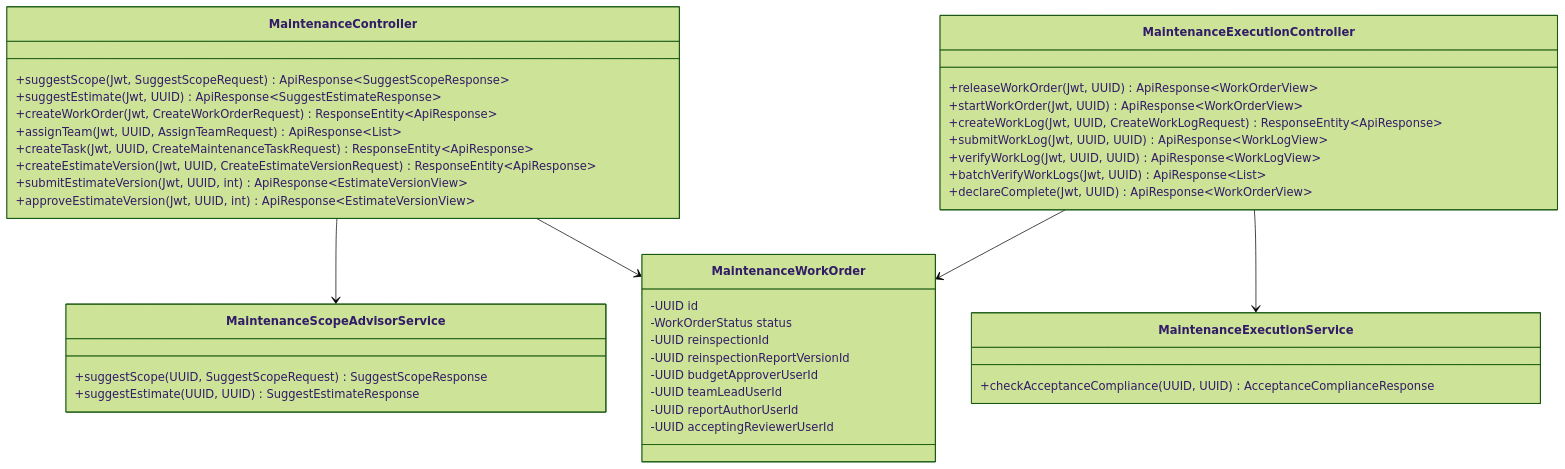
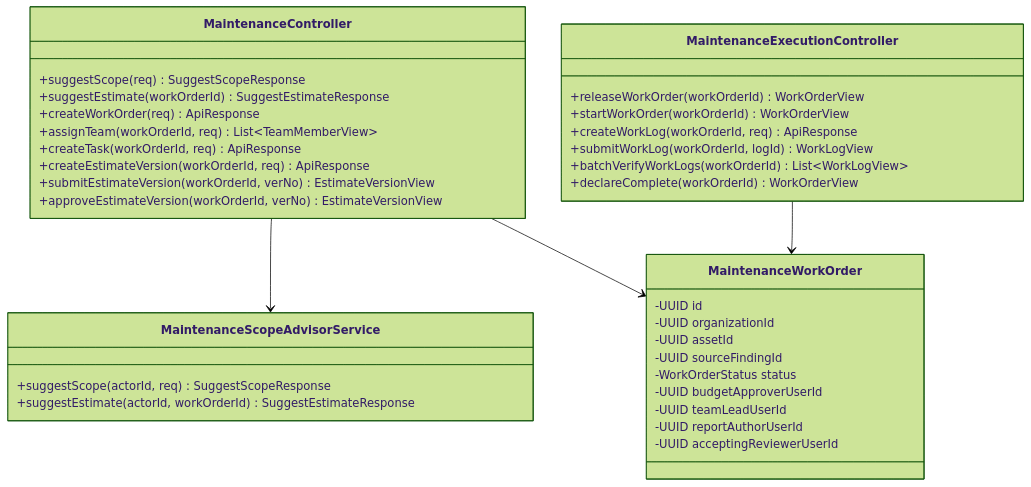
Diagram 19 of 23 in reports/report-4-software-design-document/03-detailed-design.md (tungbach12/SmartDroneInspection-Docs), drawn with Mermaid (forest theme) before and after one commit. The commit also changed other lines of this file and 206 other files, not shown here.

First line of the commit message:
docs(reports): synchronize Report 1-5 changes, update diagrams, and clean exports

````diff
--- a/reports/report-4-software-design-document/03-detailed-design.md
+++ b/reports/report-4-software-design-document/03-detailed-design.md
@@ -878,44 +801,40 @@
 ```mermaid
-%% title: Maintenance Work Order, RAG Advisor and Cost Control Class Diagram
+%% title: FE-07 Maintenance Work Order, RAG Planning and Repair Execution Class Diagram
 classDiagram
   class MaintenanceController {
-    +suggestScope(Jwt, SuggestScopeRequest) ApiResponse~SuggestScopeResponse~
-    +suggestEstimate(Jwt, UUID) ApiResponse~SuggestEstimateResponse~
-    +createWorkOrder(Jwt, CreateWorkOrderRequest) ResponseEntity~ApiResponse~
-    +assignTeam(Jwt, UUID, AssignTeamRequest) ApiResponse~List~
-    +createTask(Jwt, UUID, CreateMaintenanceTaskRequest) ResponseEntity~ApiResponse~
-    +createEstimateVersion(Jwt, UUID, CreateEstimateVersionRequest) ResponseEntity~ApiResponse~
-    +submitEstimateVersion(Jwt, UUID, int) ApiResponse~EstimateVersionView~
-    +approveEstimateVersion(Jwt, UUID, int) ApiResponse~EstimateVersionView~
+    +suggestScope(req) SuggestScopeResponse
+    +suggestEstimate(workOrderId) SuggestEstimateResponse
+    +createWorkOrder(req) ApiResponse
+    +assignTeam(workOrderId, req) List~TeamMemberView~
+    +createTask(workOrderId, req) ApiResponse
+    +createEstimateVersion(workOrderId, req) ApiResponse
+    +submitEstimateVersion(workOrderId, verNo) EstimateVersionView
+    +approveEstimateVersion(workOrderId, verNo) EstimateVersionView
   }
   class MaintenanceExecutionController {
-    +releaseWorkOrder(Jwt, UUID) ApiResponse~WorkOrderView~
-    +startWorkOrder(Jwt, UUID) ApiResponse~WorkOrderView~
-    +createWorkLog(Jwt, UUID, CreateWorkLogRequest) ResponseEntity~ApiResponse~
-    +submitWorkLog(Jwt, UUID, UUID) ApiResponse~WorkLogView~
-    +verifyWorkLog(Jwt, UUID, UUID) ApiResponse~WorkLogView~
-    +batchVerifyWorkLogs(Jwt, UUID) ApiResponse~List~
-    +declareComplete(Jwt, UUID) ApiResponse~WorkOrderView~
+    +releaseWorkOrder(workOrderId) WorkOrderView
+    +startWorkOrder(workOrderId) WorkOrderView
+    +createWorkLog(workOrderId, req) ApiResponse
+    +submitWorkLog(workOrderId, logId) WorkLogView
+    +batchVerifyWorkLogs(workOrderId) List~WorkLogView~
+    +declareComplete(workOrderId) WorkOrderView
   }
   class MaintenanceScopeAdvisorService {
-    +suggestScope(UUID, SuggestScopeRequest) SuggestScopeResponse
-    +suggestEstimate(UUID, UUID) SuggestEstimateResponse
-  }
-  class MaintenanceExecutionService {
-    +checkAcceptanceCompliance(UUID, UUID) AcceptanceComplianceResponse
+    +suggestScope(actorId, req) SuggestScopeResponse
+    +suggestEstimate(actorId, workOrderId) SuggestEstimateResponse
   }
   class MaintenanceWorkOrder {
     -UUID id
+    -UUID organizationId
+    -UUID assetId
+    -UUID sourceFindingId
     -WorkOrderStatus status
-    -UUID reinspectionId
-    -UUID reinspectionReportVersionId
     -UUID budgetApproverUserId
     -UUID teamLeadUserId
     -UUID reportAuthorUserId
     -UUID acceptingReviewerUserId
   }
   MaintenanceController --> MaintenanceScopeAdvisorService
-  MaintenanceExecutionController --> MaintenanceExecutionService
   MaintenanceController --> MaintenanceWorkOrder
   MaintenanceExecutionController --> MaintenanceWorkOrder
 ```
````
